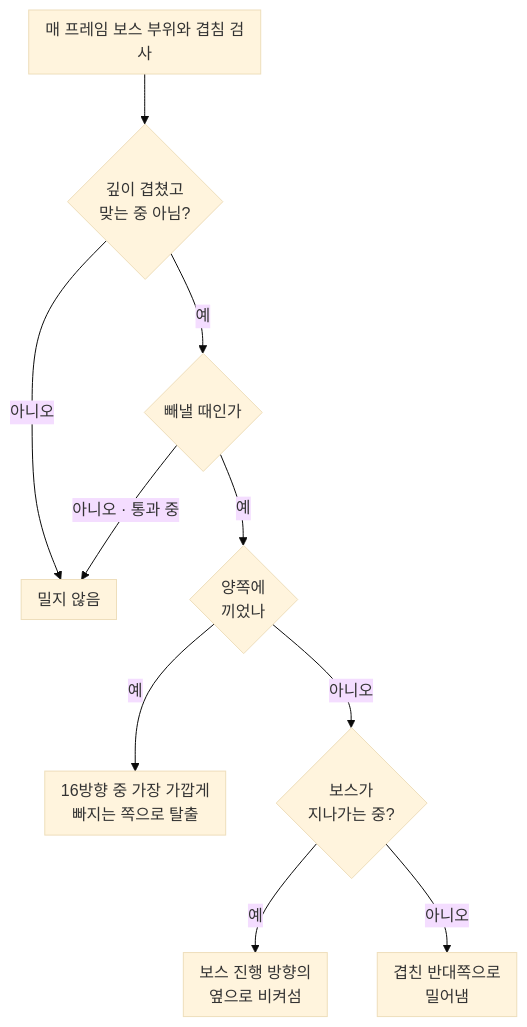
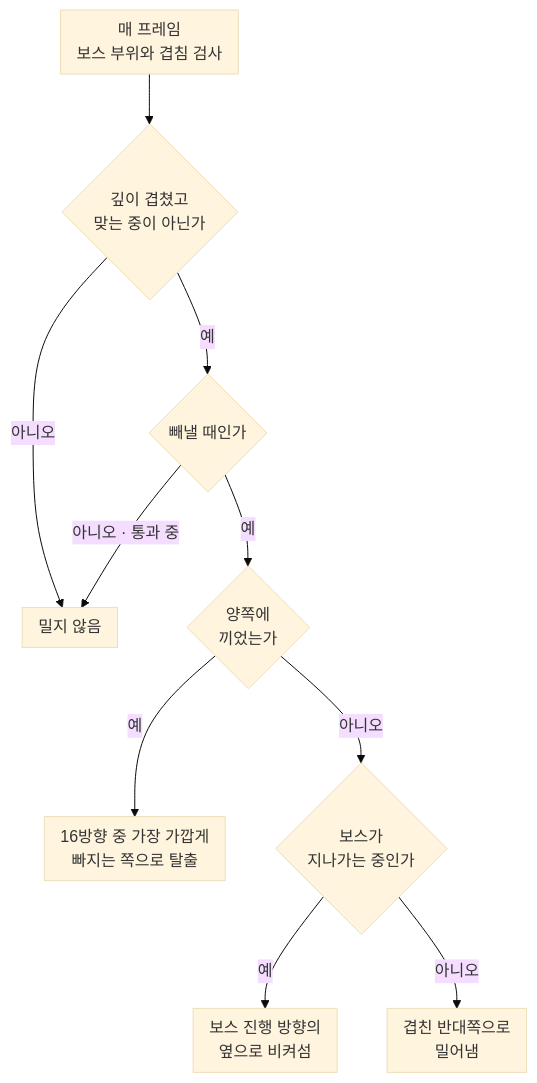
Before and after one commit to keeeery/portfolio: diagram 17 of 17 in src/1-ODDITY/TechDoc_ODDITY.md, drawn with Mermaid (base theme). The commit also changed other lines of this file and 3 other files, not shown here.

````diff
--- a/src/1-ODDITY/TechDoc_ODDITY.md
+++ b/src/1-ODDITY/TechDoc_ODDITY.md
@@ -1691,16 +1687,16 @@
 ```mermaid
 %%{init: {"flowchart": {"padding": 8}}}%%
 flowchart TB
-    Check["매 프레임 보스 부위와 겹침 검사"] --> Deep{"깊이 겹쳤고<br>맞는 중 아님?"}
+    Check["매 프레임<br>보스 부위와 겹침 검사"] --> Deep{"깊이 겹쳤고<br>맞는 중이 아닌가"}
     Deep -->|아니오| Stay["밀지 않음"]
     Deep -->|예| Start{"빼낼 때인가"}
     Start -->|아니오 · 통과 중| Stay
-    Start -->|예| Pinched{"양쪽에<br>끼었나"}
+    Start -->|예| Pinched{"양쪽에<br>끼었는가"}
     Pinched -->|예| Escape["16방향 중 가장 가깝게<br>빠지는 쪽으로 탈출"]
-    Pinched -->|아니오| Passing{"보스가<br>지나가는 중?"}
+    Pinched -->|아니오| Passing{"보스가<br>지나가는 중인가"}
     Passing -->|예| Side["보스 진행 방향의<br>옆으로 비켜섬"]
     Passing -->|아니오| Push["겹친 반대쪽으로<br>밀어냄"]
-%% 격자: Check Deep Stay | - Start - | Escape Pinched - | Side Passing Push
+%% 격자: Check Deep - | - Start Stay | Escape Pinched - | Side Passing Push
 %% 화살표 Check -> Deep: 나감=오른쪽 들어감=왼쪽
-%% 화살표 Start -> Stay: 나감=오른쪽 들어감=아래
+%% 화살표 Deep -> Stay: 나감=오른쪽 들어감=위
 ```
````
